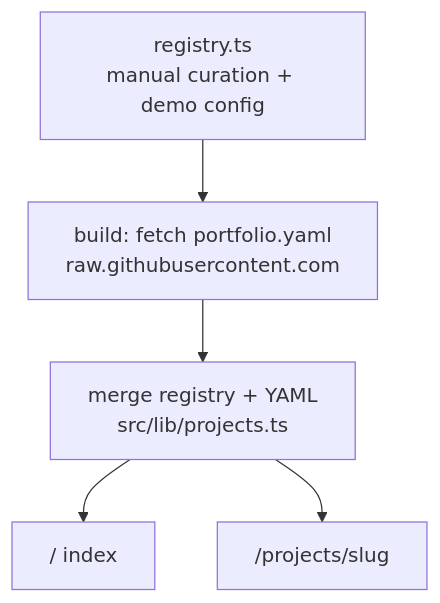
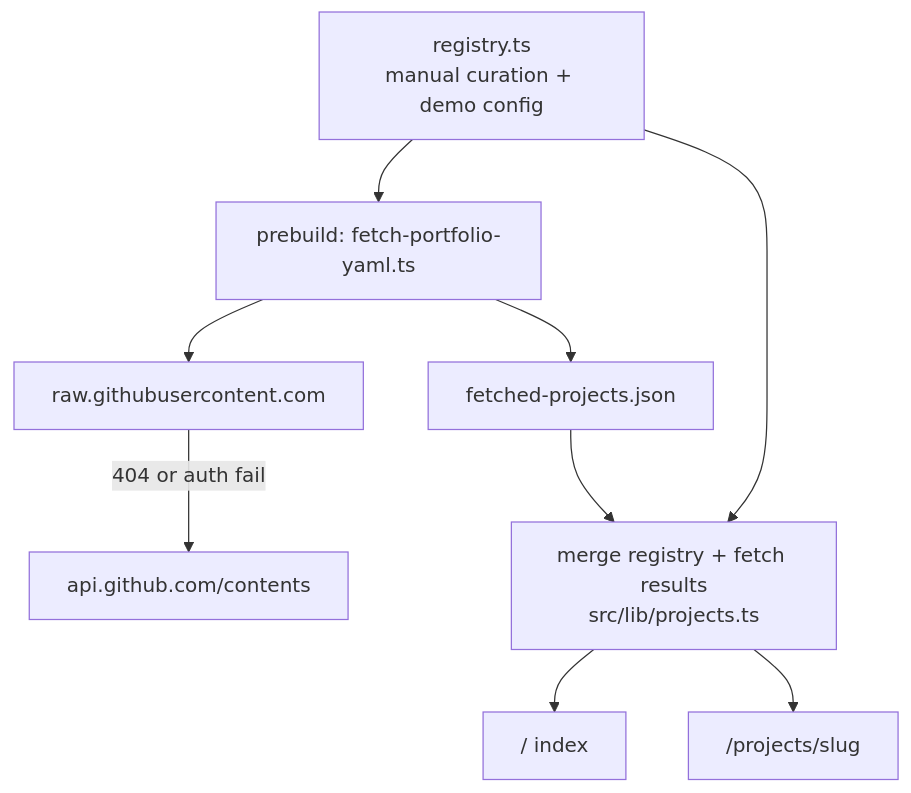
Before and after one commit to aryanjohari/aryan-portfolio: the first of 2 diagrams in docs/architecture.md, drawn with Mermaid. The commit also changed other lines of this file and 17 other files, not shown here.

Commit message:
md and github fetch done

````diff
--- a/docs/architecture.md
+++ b/docs/architecture.md
@@ -14,12 +14,19 @@
 ```mermaid
 flowchart TD
   Registry["registry.ts\nmanual curation + demo config"]
-  Fetch["build: fetch portfolio.yaml\nraw.githubusercontent.com"]
-  Merge["merge registry + YAML\nsrc/lib/projects.ts"]
+  Fetch["prebuild: fetch-portfolio-yaml.ts"]
+  Raw["raw.githubusercontent.com"]
+  API["api.github.com/contents"]
+  JSON["fetched-projects.json"]
+  Merge["merge registry + fetch results\nsrc/lib/projects.ts"]
   IndexPage["/ index"]
   ProjectPage["/projects/slug"]
   Registry --> Fetch
-  Fetch --> Merge
+  Fetch --> Raw
+  Raw -->|404 or auth fail| API
+  Fetch --> JSON
+  JSON --> Merge
+  Registry --> Merge
   Merge --> IndexPage
   Merge --> ProjectPage
 ```
````
